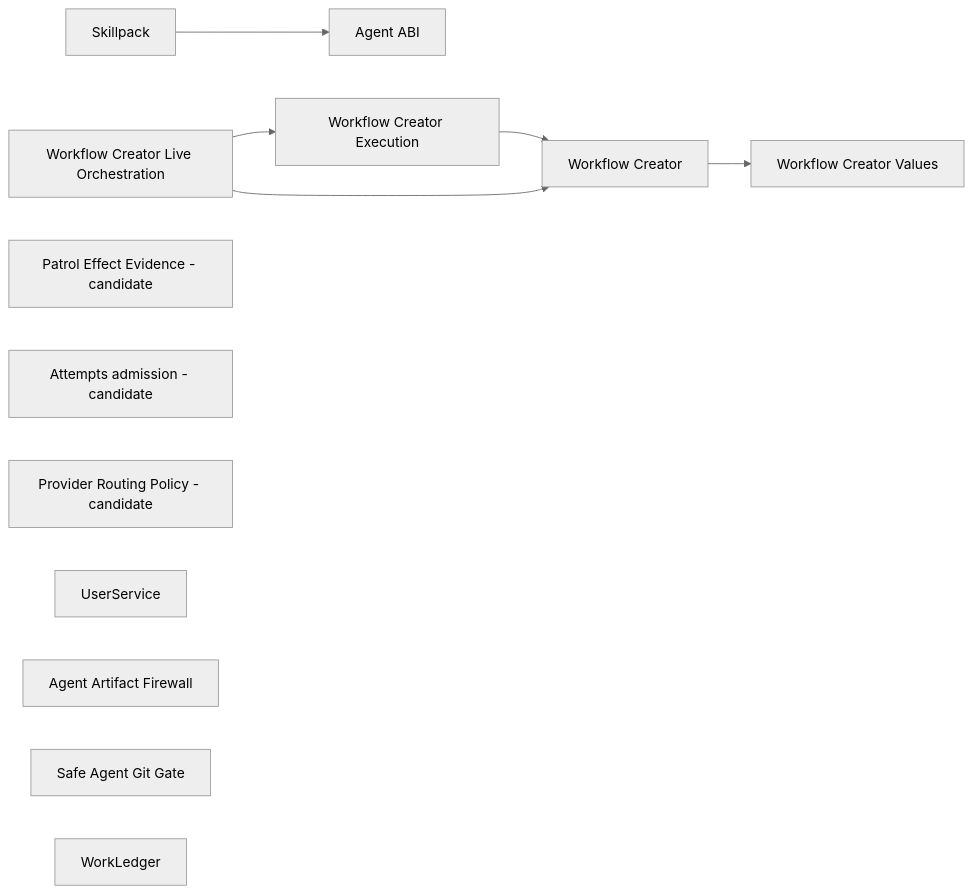
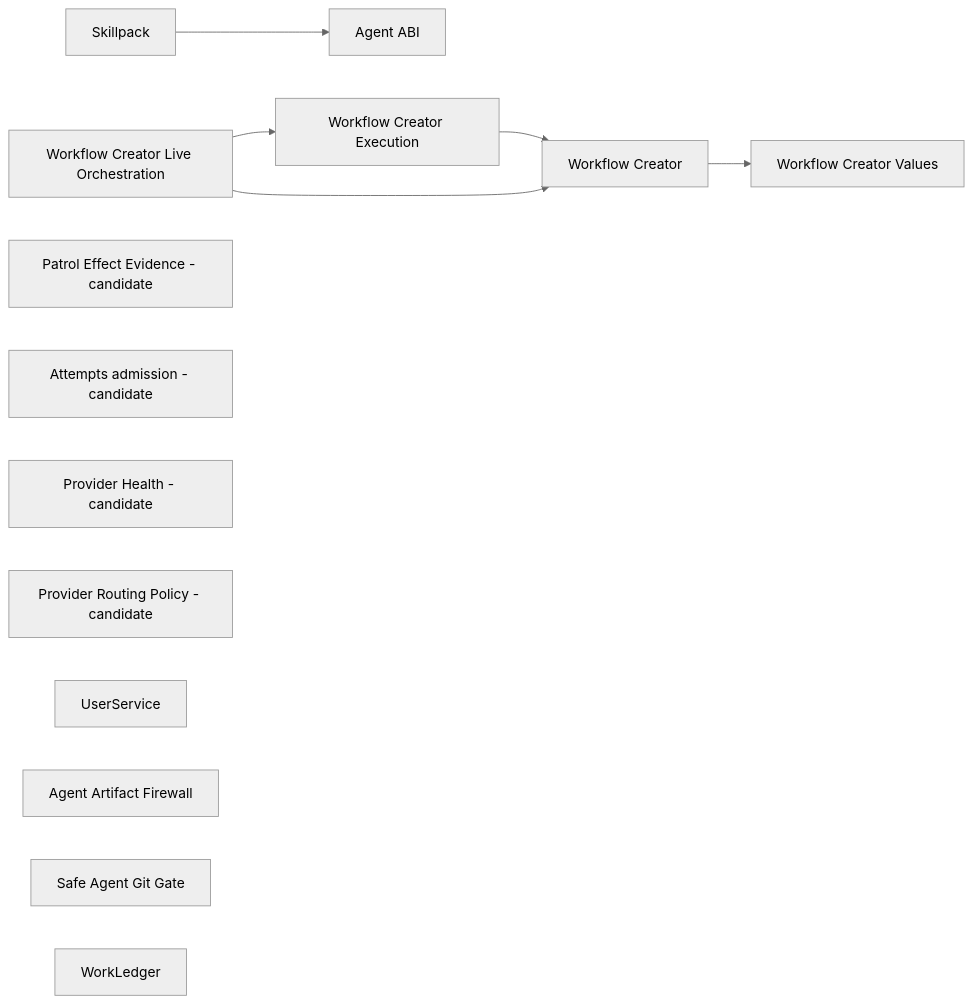
The diagram in wiki/component-boundaries.md (ivankuznetsov/hive), drawn with Mermaid (neutral theme) before and after one commit. The commit also changed other lines of this file and 23 other files, not shown here.

Commit message:
feat(routing): U2 persist fenced provider health

````diff
--- a/wiki/component-boundaries.md
+++ b/wiki/component-boundaries.md
@@ -55,15 +57,16 @@
 ```mermaid
 flowchart LR
   skillpack[Skillpack] --> agent_abi[Agent ABI]
   workflow_execution[Workflow Creator Execution] --> workflow_core[Workflow Creator]
   workflow_live[Workflow Creator Live Orchestration] --> workflow_execution
   workflow_live --> workflow_core
   workflow_core[Workflow Creator] --> workflow_values[Workflow Creator Values]
   patrol_effects[Patrol Effect Evidence - candidate]
   attempts[Attempts admission - candidate]
+  provider_health[Provider Health - candidate]
   provider_routing[Provider Routing Policy - candidate]
   user_service[UserService]
   artifact_firewall[Agent Artifact Firewall]
   git_gate[Safe Agent Git Gate]
   work_ledger[WorkLedger]
 ```
````
